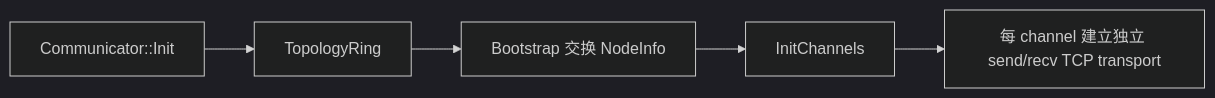
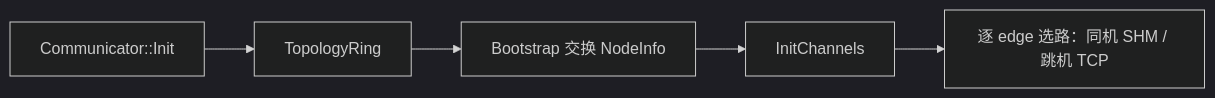
One commit to qichen1336/OriginCCL changed the diagram in .github/skills/originccl-project/reference/communicator.md. Above: the diagram before and after it, drawn with Mermaid (dark theme). The commit also changed other lines of this file and 23 other files, not shown here.

````diff
--- a/.github/skills/originccl-project/reference/communicator.md
+++ b/.github/skills/originccl-project/reference/communicator.md
@@ -9,7 +9,7 @@
 ```mermaid
 flowchart LR
     A[Communicator::Init] --> B[TopologyRing]
     B --> C[Bootstrap 交换 NodeInfo]
     C --> D[InitChannels]
-    D --> E[每 channel 建立独立 send/recv TCP transport]
+    D --> E[逐 edge 选路：同机 SHM / 跳机 TCP]
 ```
````
